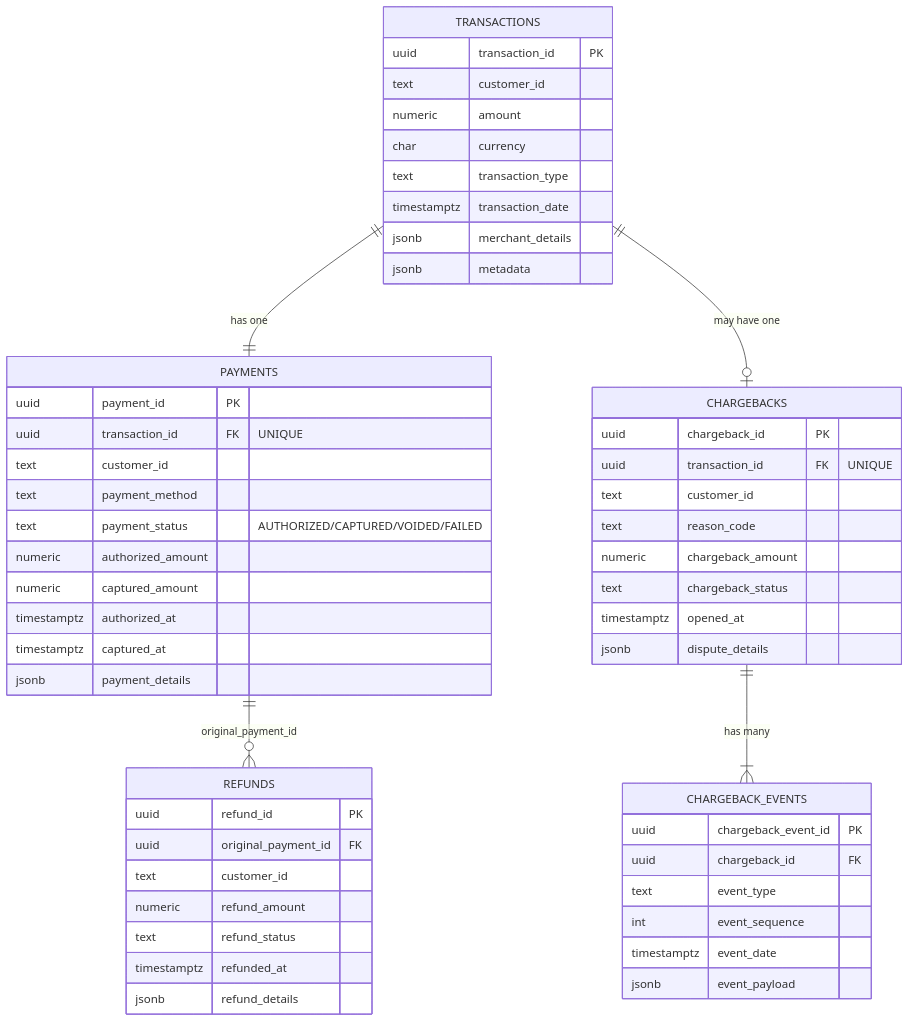
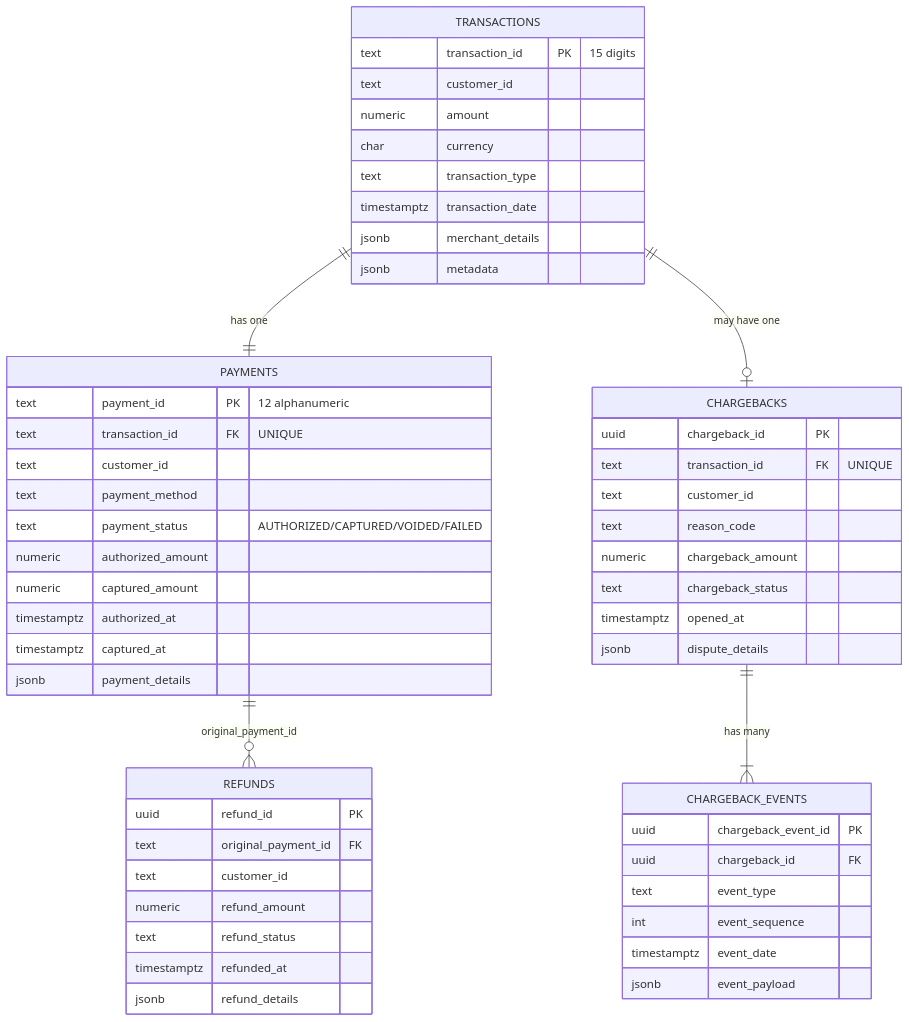
Before and after one commit to sushmakoulgi/Transaction-Dashboard-Agent: the fourth of 4 diagrams in docs/HLD.md, drawn with Mermaid. The commit also changed other lines of this file and 45 other files, not shown here.

````diff
--- a/docs/HLD.md
+++ b/docs/HLD.md
@@ -156,57 +156,57 @@
 ```mermaid
 erDiagram
     TRANSACTIONS ||--|| PAYMENTS : "has one"
     PAYMENTS ||--o{ REFUNDS : "original_payment_id"
     TRANSACTIONS ||--o| CHARGEBACKS : "may have one"
     CHARGEBACKS ||--|{ CHARGEBACK_EVENTS : "has many"
 
     TRANSACTIONS {
-        uuid transaction_id PK
+        text transaction_id PK "15 digits"
         text customer_id
         numeric amount
         char currency
         text transaction_type
         timestamptz transaction_date
         jsonb merchant_details
         jsonb metadata
     }
     PAYMENTS {
-        uuid payment_id PK
-        uuid transaction_id FK "UNIQUE"
+        text payment_id PK "12 alphanumeric"
+        text transaction_id FK "UNIQUE"
         text customer_id
         text payment_method
         text payment_status "AUTHORIZED/CAPTURED/VOIDED/FAILED"
         numeric authorized_amount
         numeric captured_amount
         timestamptz authorized_at
         timestamptz captured_at
         jsonb payment_details
     }
     REFUNDS {
         uuid refund_id PK
-        uuid original_payment_id FK
+        text original_payment_id FK
         text customer_id
         numeric refund_amount
         text refund_status
         timestamptz refunded_at
         jsonb refund_details
     }
     CHARGEBACKS {
         uuid chargeback_id PK
-        uuid transaction_id FK "UNIQUE"
+        text transaction_id FK "UNIQUE"
         text customer_id
         text reason_code
         numeric chargeback_amount
         text chargeback_status
         timestamptz opened_at
         jsonb dispute_details
     }
     CHARGEBACK_EVENTS {
         uuid chargeback_event_id PK
         uuid chargeback_id FK
         text event_type
         int event_sequence
         timestamptz event_date
         jsonb event_payload
     }
 ```
````
